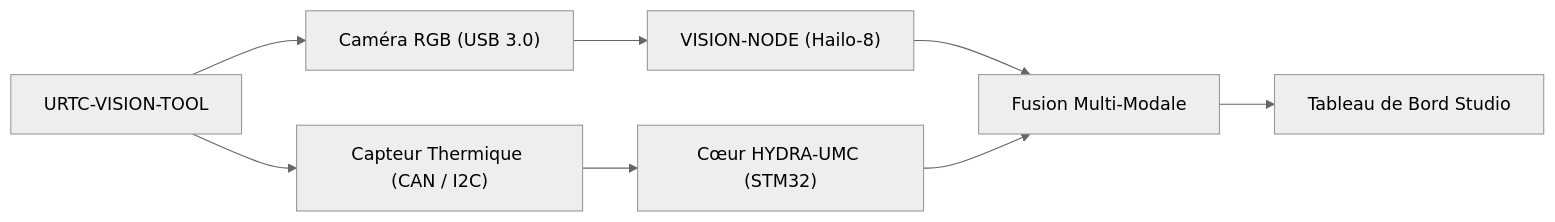
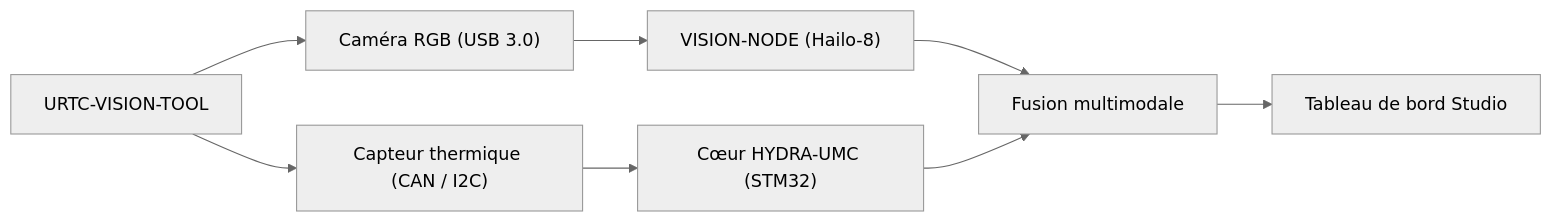
One commit to JuanenRac/URTC-VISION-TOOL changed the diagram in README_fra.md. Above: the diagram before and after it, drawn with Mermaid (neutral theme). The commit also changed other lines of this file and 4 other files, not shown here.

````diff
--- a/README_fra.md
+++ b/README_fra.md
@@ -86,10 +86,10 @@
 ```mermaid
 flowchart LR
     TOOL["URTC-VISION-TOOL"] --> RGB["Caméra RGB (USB 3.0)"]
-    TOOL --> THRM["Capteur Thermique (CAN / I2C)"]
+    TOOL --> THRM["Capteur thermique (CAN / I2C)"]
     RGB --> VISION["VISION-NODE (Hailo-8)"]
     THRM --> CORE["Cœur HYDRA-UMC (STM32)"]
-    VISION --> SYNC["Fusion Multi-Modale"]
+    VISION --> SYNC["Fusion multimodale"]
     CORE --> SYNC
-    SYNC --> DASH["Tableau de Bord Studio"]
+    SYNC --> DASH["Tableau de bord Studio"]
 ```
````
